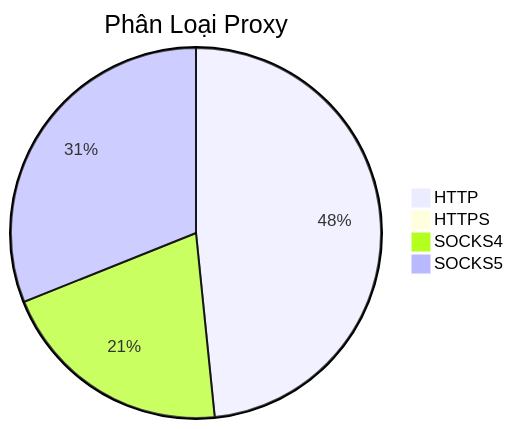
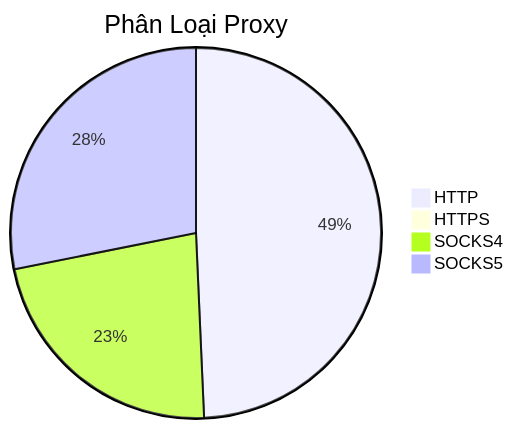
One commit to Ciara-12/PROXY-free changed the diagram in README.md. Above: the diagram before and after it, drawn with Mermaid. The commit also changed other lines of this file and 3 other files, not shown here.

````diff
--- a/README.md
+++ b/README.md
@@ -26,7 +26,7 @@
 ```mermaid
 pie title Phân Loại Proxy
-    "HTTP" : 539
+    "HTTP" : 566
     "HTTPS" : 0
-    "SOCKS4" : 229
-    "SOCKS5" : 346
+    "SOCKS4" : 259
+    "SOCKS5" : 323
 ```
````
